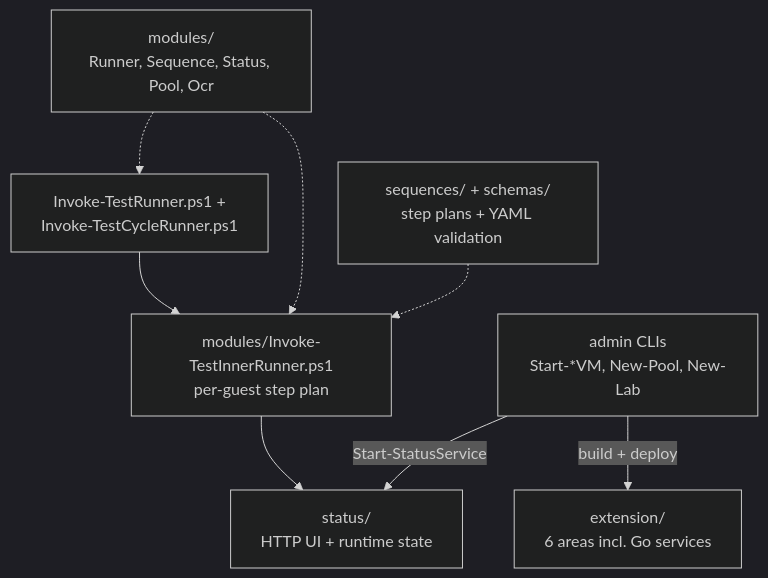
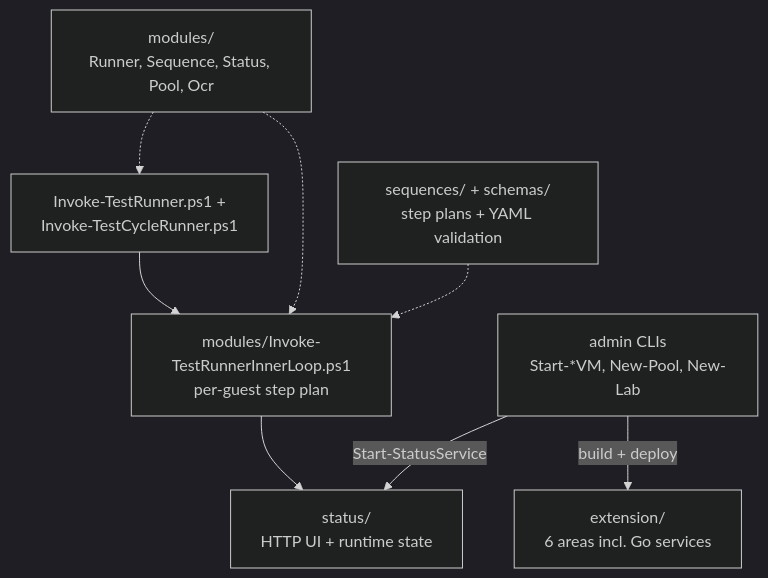
Before and after one commit to alissonsol/yuruna: the fourth of 7 diagrams in docs/design/02-component-breakdown.md, drawn with Mermaid (dark theme). The commit also changed other lines of this file and 737 other files, not shown here.

````diff
--- a/docs/design/02-component-breakdown.md
+++ b/docs/design/02-component-breakdown.md
@@ -167,18 +167,18 @@
 ```mermaid
 flowchart TD
     runner[Invoke-TestRunner.ps1 +<br/>Invoke-TestCycleRunner.ps1]
-    inner[modules/Invoke-TestInnerRunner.ps1<br/>per-guest step plan]
+    inner[modules/Invoke-TestRunnerInnerLoop.ps1<br/>per-guest step plan]
     modules[modules/<br/>Runner, Sequence, Status, Pool, Ocr]
     plans[sequences/ + schemas/<br/>step plans + YAML validation]
     status[status/<br/>HTTP UI + runtime state]
     extensions[extension/<br/>6 areas incl. Go services]
     admin[admin CLIs<br/>Start-*VM, New-Pool, New-Lab]
 
     runner --> inner
     inner --> status
     modules -.-> runner
     modules -.-> inner
     plans -.-> inner
     admin -->|Start-StatusService| status
     admin -->|build + deploy| extensions
 ```
````
